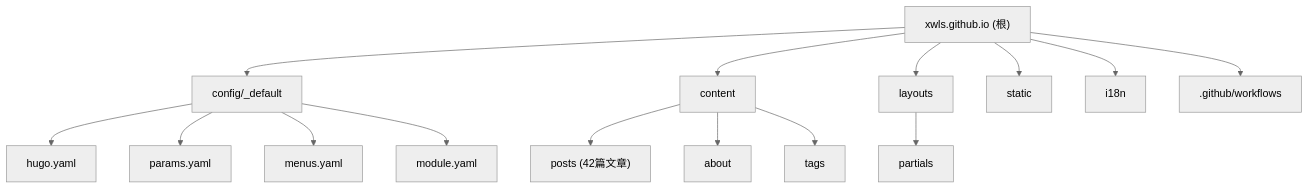
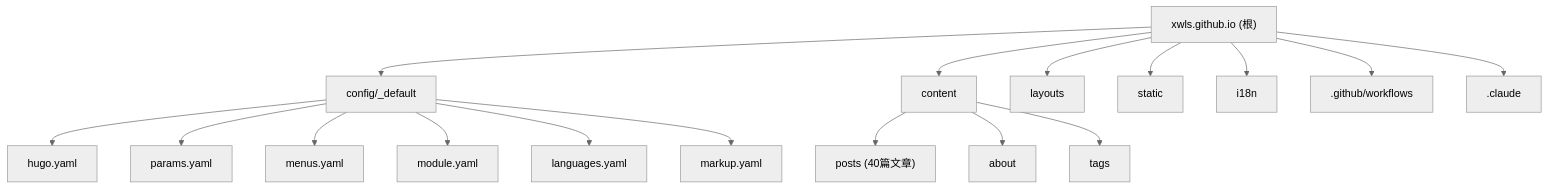
One commit to xwls/xwls.github.io changed the diagram in CLAUDE.md. Above: the diagram before and after it, drawn with Mermaid (neutral theme). The commit also changed other lines of this file and 3 other files, not shown here.

````diff
--- a/CLAUDE.md
+++ b/CLAUDE.md
@@ -27,23 +26,24 @@
 ```mermaid
 graph TD
     A["xwls.github.io (根)"] --> B["config/_default"]
     A --> C["content"]
     A --> D["layouts"]
     A --> E["static"]
     A --> F["i18n"]
     A --> G[".github/workflows"]
+    A --> H[".claude"]
 
-    C --> C1["posts (42篇文章)"]
+    C --> C1["posts (40篇文章)"]
     C --> C2["about"]
     C --> C3["tags"]
 
     B --> B1["hugo.yaml"]
     B --> B2["params.yaml"]
     B --> B3["menus.yaml"]
     B --> B4["module.yaml"]
-
-    D --> D1["partials"]
+    B --> B5["languages.yaml"]
+    B --> B6["markup.yaml"]
 
     click B "./config/_default/CLAUDE.md" "查看配置模块文档"
     click C "./content/CLAUDE.md" "查看内容模块文档"
 ```
````
